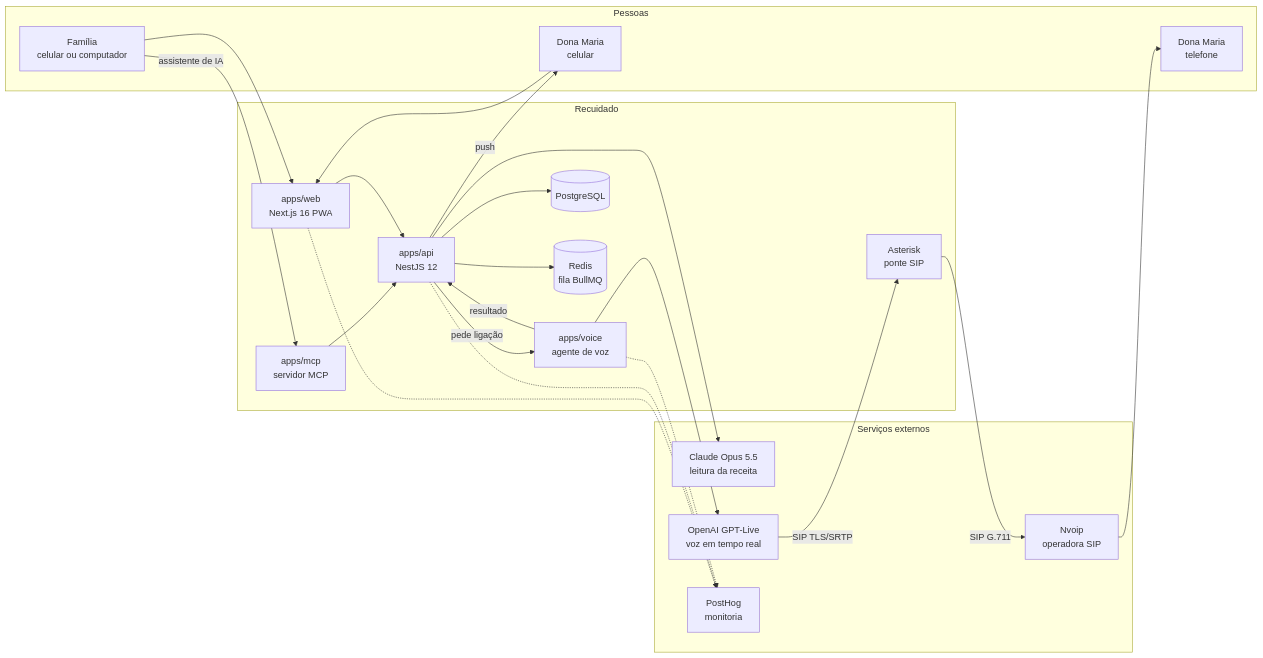
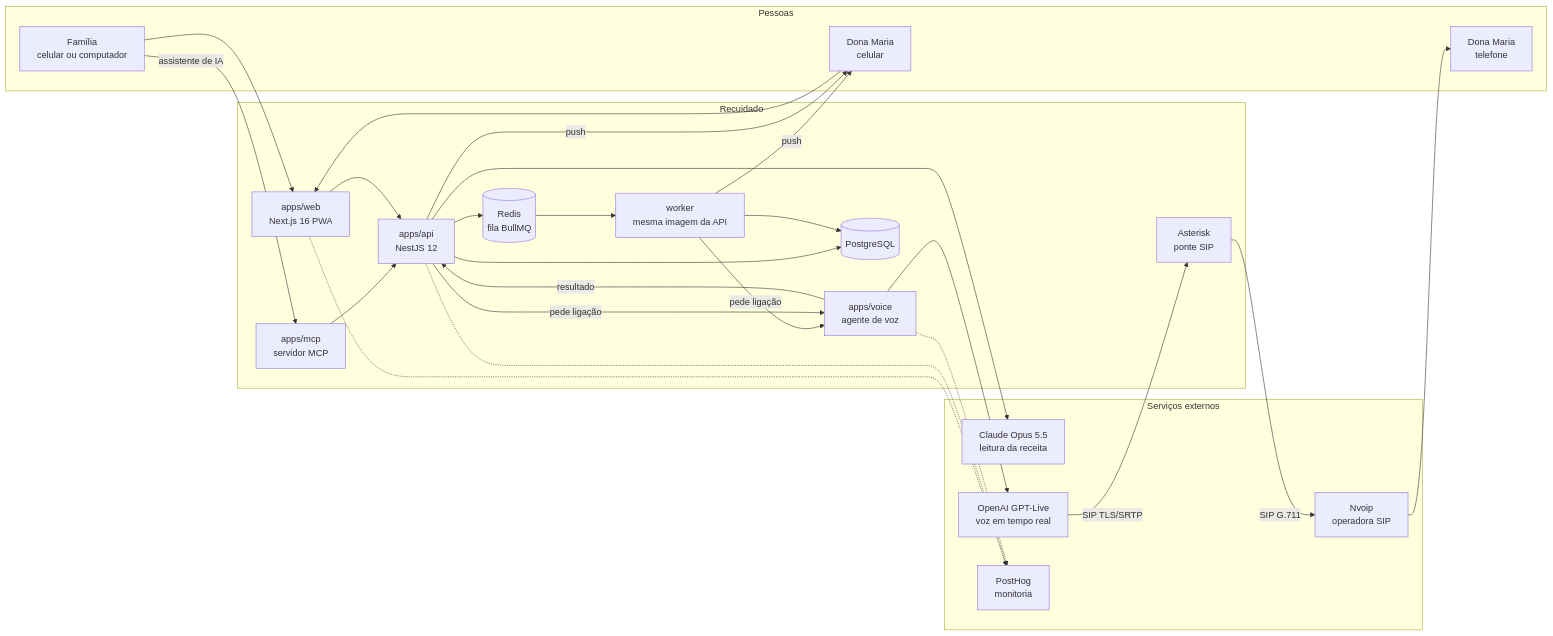
One commit to lucianoiw/recuidado changed the first of 2 diagrams in README.md. Above: the diagram before and after it, drawn with Mermaid. The commit also changed other lines of this file and 11 other files, not shown here.

First line of the commit message:
API: run the doses queue worker as its own process (APP_ROLE=api|worker, same image)

````diff
--- a/README.md
+++ b/README.md
@@ -42,44 +42,49 @@
 ```mermaid
 flowchart LR
   subgraph pessoas [Pessoas]
     F[Família<br/>celular ou computador]
     M[Dona Maria<br/>celular]
     T[Dona Maria<br/>telefone]
   end
 
   subgraph app [Recuidado]
     W[apps/web<br/>Next.js 16 PWA]
     A[apps/api<br/>NestJS 12]
+    Q[worker<br/>mesma imagem da API]
     V[apps/voice<br/>agente de voz]
     X[apps/mcp<br/>servidor MCP]
     K[Asterisk<br/>ponte SIP]
     P[(PostgreSQL)]
     R[(Redis<br/>fila BullMQ)]
   end
 
   subgraph ext [Serviços externos]
     C[Claude Opus 5.5<br/>leitura da receita]
     G[OpenAI GPT-Live<br/>voz em tempo real]
     N[Nvoip<br/>operadora SIP]
     H[PostHog<br/>monitoria]
   end
 
   F --> W
   F -- assistente de IA --> X
   X --> A
   M --> W
   W --> A
   A --> P
   A --> R
+  R --> Q
+  Q --> P
+  Q -- push --> M
+  Q -- pede ligação --> V
   A --> C
   A -- push --> M
   A -- pede ligação --> V
   V --> G
   G -- SIP TLS/SRTP --> K
   K -- SIP G.711 --> N
   N --> T
   V -- resultado --> A
   W -.-> H
   A -.-> H
   V -.-> H
 ```
````
